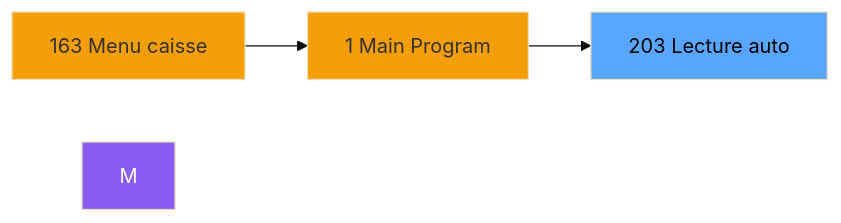
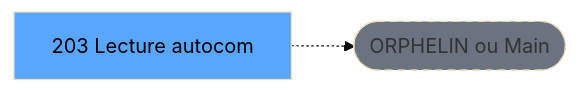
The second of 3 diagrams in .openspec/specs/ADH-IDE-203.md (thonyAGP/lecteur-magic), drawn with Mermaid (base theme) before and after one commit. The commit also changed other lines of this file and 701 other files, not shown here.

````diff
--- a/.openspec/specs/ADH-IDE-203.md
+++ b/.openspec/specs/ADH-IDE-203.md
@@ -111,12 +117,8 @@
 ```mermaid
 graph LR
-    N163[163 Menu caisse ]
-    N1[1 Main Program]
-    T[203 Lecture auto]
-    N163 --> N1
-    N1 --> T
-    style M fill:#8b5cf6,color:#fff
-    style N163 fill:#f59e0b
-    style N1 fill:#f59e0b
+    T[203 Lecture autocom]
+    ORPHAN([ORPHELIN ou Main])
+    T -.-> ORPHAN
     style T fill:#58a6ff,color:#000
+    style ORPHAN fill:#6b7280,stroke-dasharray: 5 5
 ```
````
